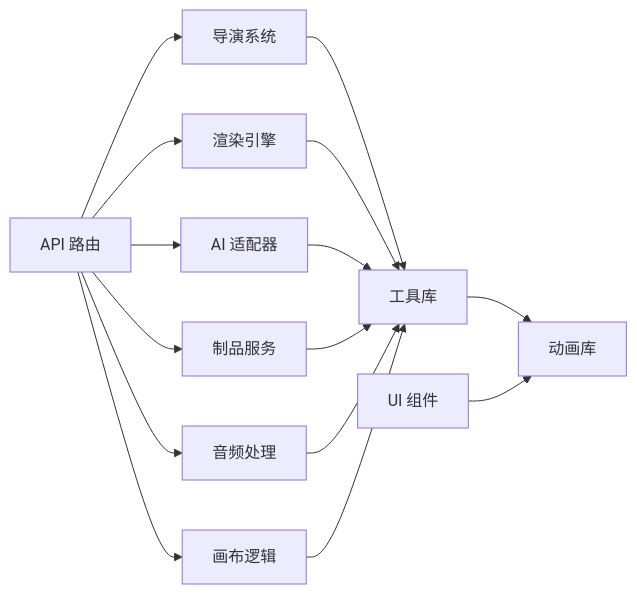
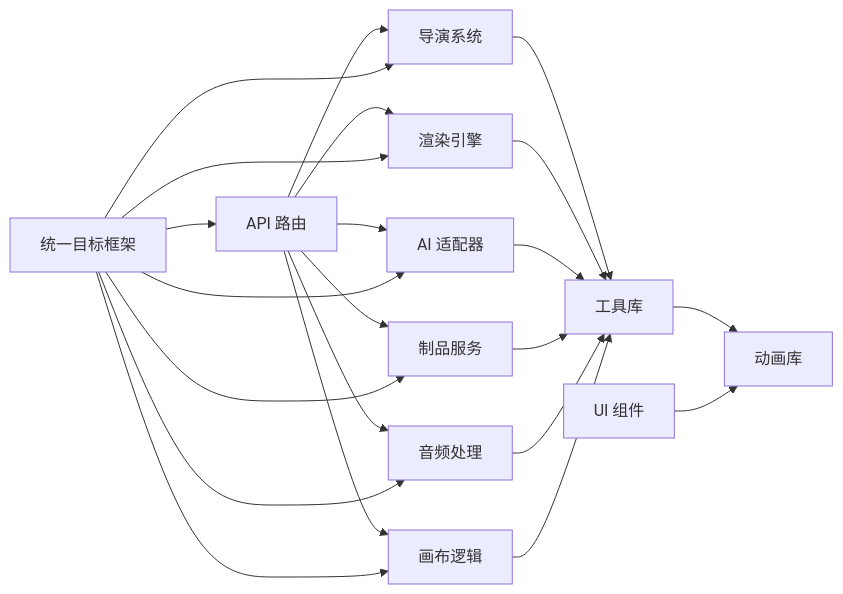
Diagram 12 of 12 in .qoder/repowiki/zh/content/架构设计/架构设计.md (AIMFllyYS/code-video-canvas), drawn with Mermaid before and after one commit. The commit also changed other lines of this file and 44 other files, not shown here.

````diff
--- a/.qoder/repowiki/zh/content/架构设计/架构设计.md
+++ b/.qoder/repowiki/zh/content/架构设计/架构设计.md
@@ -749,17 +833,24 @@
 ```mermaid
 graph LR
 API["API 路由"] --> Dir["导演系统"]
 API --> Ren["渲染引擎"]
 API --> AI["AI 适配器"]
 API --> Art["制品服务"]
 API --> Aud["音频处理"]
 API --> Can["画布逻辑"]
 Dir --> Lib["工具库"]
 Ren --> Lib
 AI --> Lib
 Art --> Lib
 Aud --> Lib
 Can --> Lib
 Lib --> Motion["动画库"]
 UI["UI 组件"] --> Motion
+MasterGoal["统一目标框架"] --> API
+MasterGoal --> Dir
+MasterGoal --> Ren
+MasterGoal --> AI
+MasterGoal --> Art
+MasterGoal --> Aud
+MasterGoal --> Can
 ```
````
